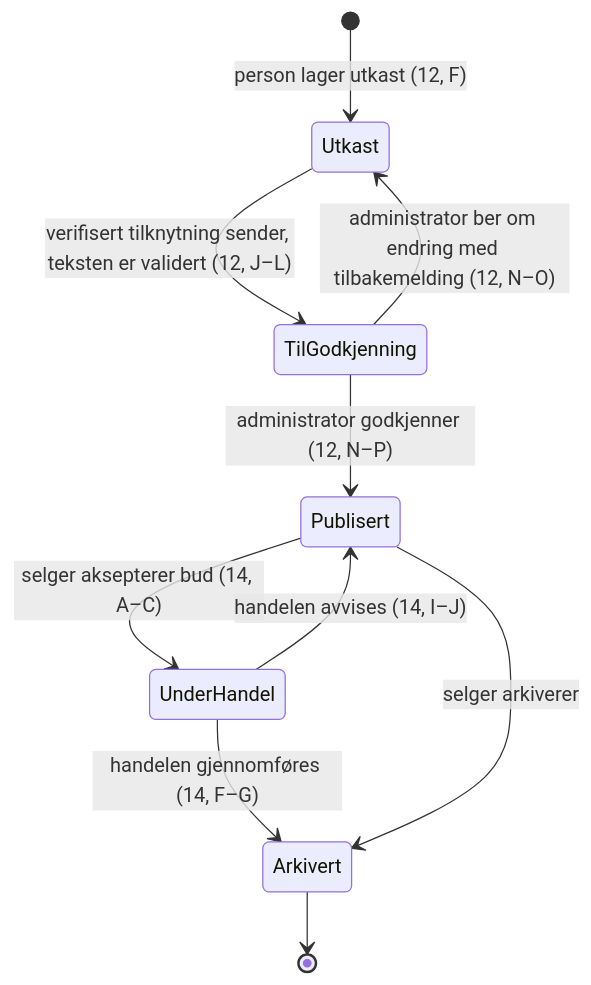
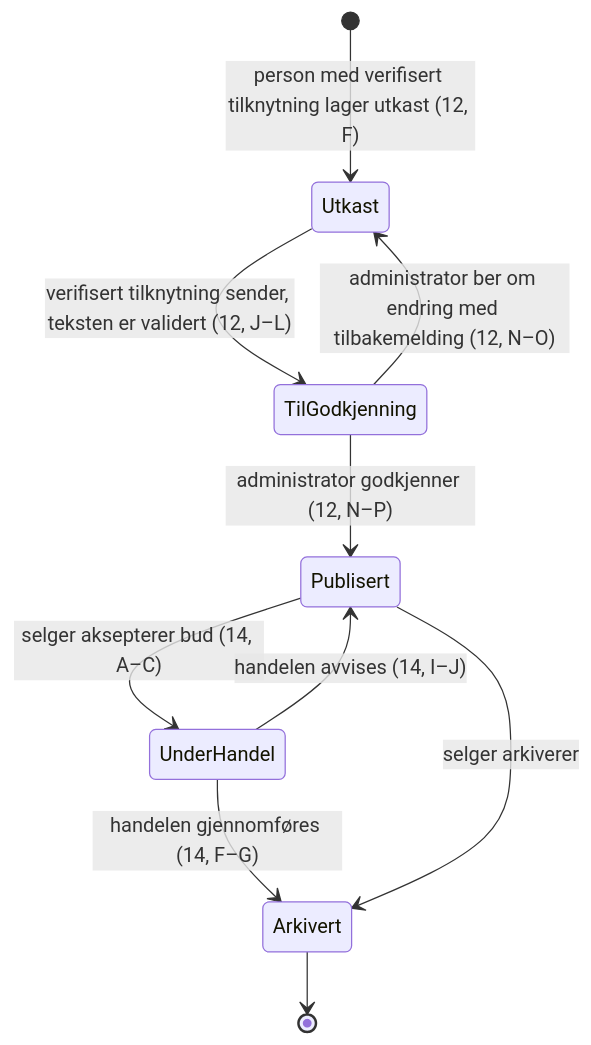
Before and after one commit to vardaasen/prosjekt: the third of 5 diagrams in docs/domain/domenemodell.md, drawn with Mermaid. The commit also changed 35 other files, not shown here.

````diff
--- a/docs/domain/domenemodell.md
+++ b/docs/domain/domenemodell.md
@@ -209,12 +209,12 @@
 ```mermaid
 stateDiagram-v2
-    [*] --> Utkast : person lager utkast (12, F)
+    [*] --> Utkast : person med verifisert tilknytning lager utkast (12, F)
     Utkast --> TilGodkjenning : verifisert tilknytning sender, teksten er validert (12, J–L)
     TilGodkjenning --> Utkast : administrator ber om endring med tilbakemelding (12, N–O)
     TilGodkjenning --> Publisert : administrator godkjenner (12, N–P)
     Publisert --> UnderHandel : selger aksepterer bud (14, A–C)
     UnderHandel --> Publisert : handelen avvises (14, I–J)
     UnderHandel --> Arkivert : handelen gjennomføres (14, F–G)
     Publisert --> Arkivert : selger arkiverer
     Arkivert --> [*]
 ```
````
